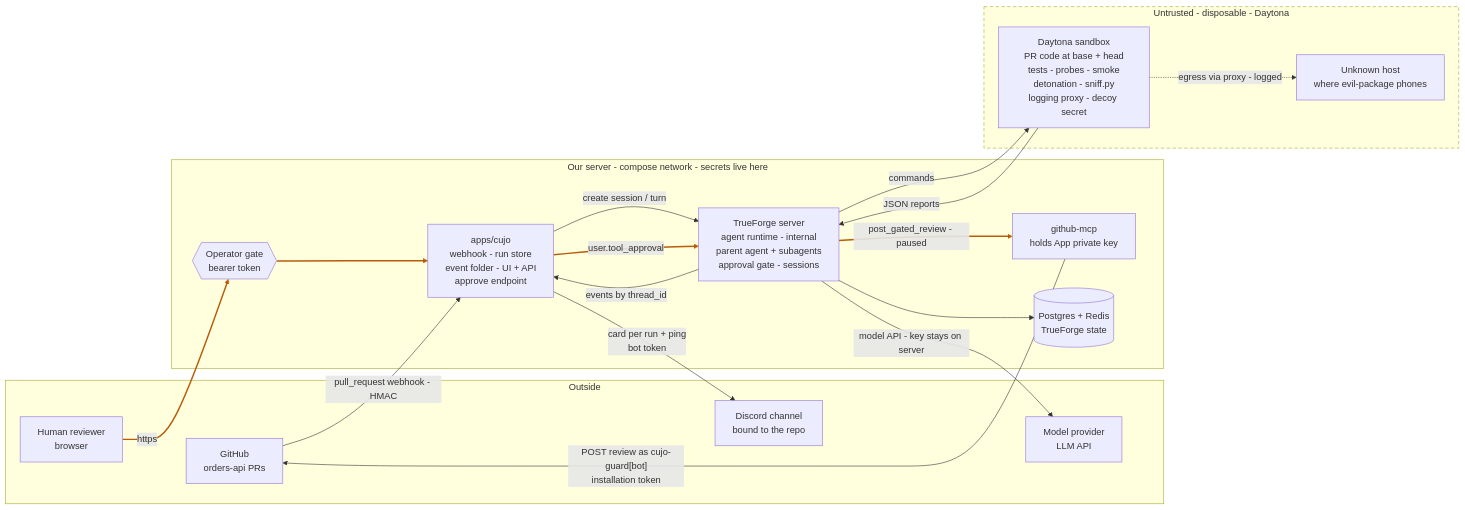
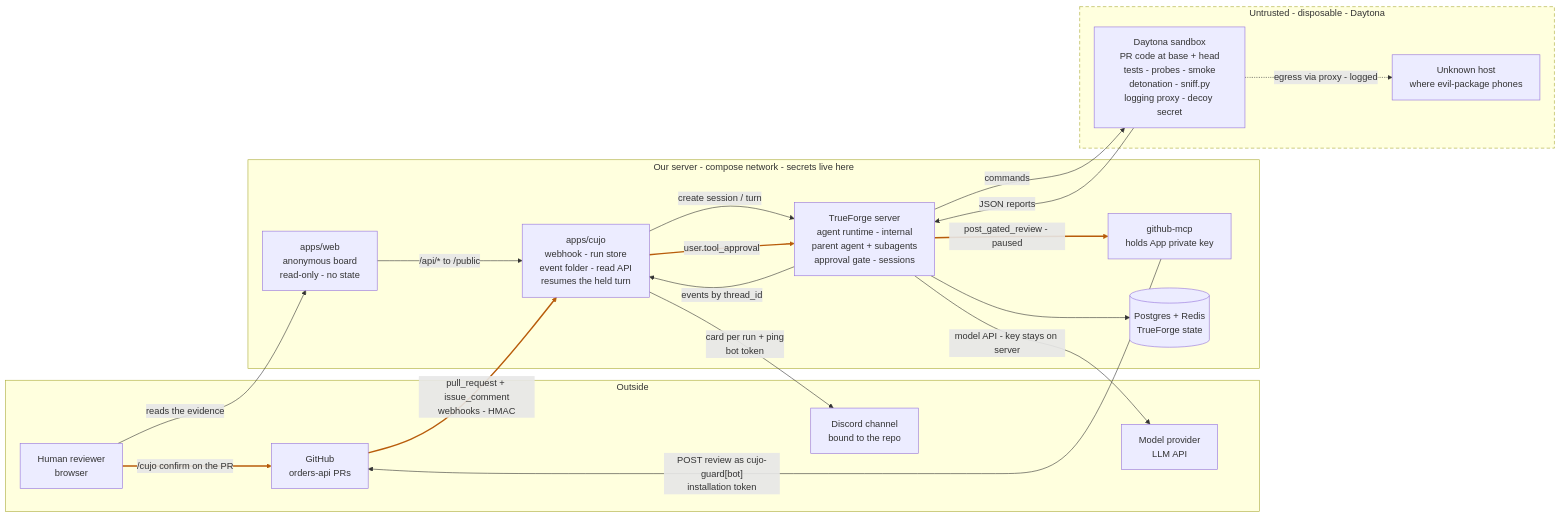
Before and after one commit to spencerjireh/cujo: the first of 2 diagrams in docs/architecture.md, drawn with Mermaid. The commit also changed other lines of this file and 1 other file, not shown here.

````diff
--- a/docs/architecture.md
+++ b/docs/architecture.md
@@ -63,42 +64,43 @@
 ```mermaid
 flowchart LR
   subgraph outside [Outside]
     GH[GitHub<br/>orders-api PRs]
     Human[Human reviewer<br/>browser]
     LLM[Model provider<br/>LLM API]
     Discord[Discord channel<br/>bound to the repo]
   end
 
   subgraph server [Our server - compose network - secrets live here]
-    Access{{Operator gate<br/>bearer token}}
-    Cujo[apps/cujo<br/>webhook - run store<br/>event folder - UI + API<br/>approve endpoint]
+    Web[apps/web<br/>anonymous board<br/>read-only - no state]
+    Cujo[apps/cujo<br/>webhook - run store<br/>event folder - read API<br/>resumes the held turn]
     TF[TrueForge server<br/>agent runtime - internal<br/>parent agent + subagents<br/>approval gate - sessions]
     MCP[github-mcp<br/>holds App private key]
     DB[(Postgres + Redis<br/>TrueForge state)]
   end
 
   subgraph sandbox [Untrusted - disposable - Daytona]
     SB[Daytona sandbox<br/>PR code at base + head<br/>tests - probes - smoke<br/>detonation - sniff.py<br/>logging proxy - decoy secret]
     Canary[Unknown host<br/>where evil-package phones]
   end
 
-  GH -- "pull_request webhook - HMAC" --> Cujo
+  GH -- "pull_request + issue_comment<br/>webhooks - HMAC" --> Cujo
   MCP -- "POST review as cujo-guard[bot]<br/>installation token" --> GH
-  Human -- https --> Access
-  Access --> Cujo
+  Human -- "reads the evidence" --> Web
+  Web -- "/api/* to /public" --> Cujo
   Cujo -- "create session / turn" --> TF
   TF -- "events by thread_id" --> Cujo
   Cujo -- "user.tool_approval" --> TF
   TF -- "post_gated_review - paused" --> MCP
   TF -- "model API - key stays on server" --> LLM
   TF --> DB
   TF -- "commands" --> SB
   SB -- "JSON reports" --> TF
   SB -. "egress via proxy - logged" .-> Canary
   %% Appended last on purpose: linkStyle below indexes edges by declaration
   %% order, so inserting one earlier recolours the wrong arrows.
   Cujo -- "card per run + ping<br/>bot token" --> Discord
+  Human -- "/cujo confirm on the PR" --> GH
 
-  linkStyle 2,3,6,7 stroke:#b85c0b,stroke-width:2.5px
+  linkStyle 0,6,7,14 stroke:#b85c0b,stroke-width:2.5px
   style sandbox stroke-dasharray: 6 4
 ```
````
